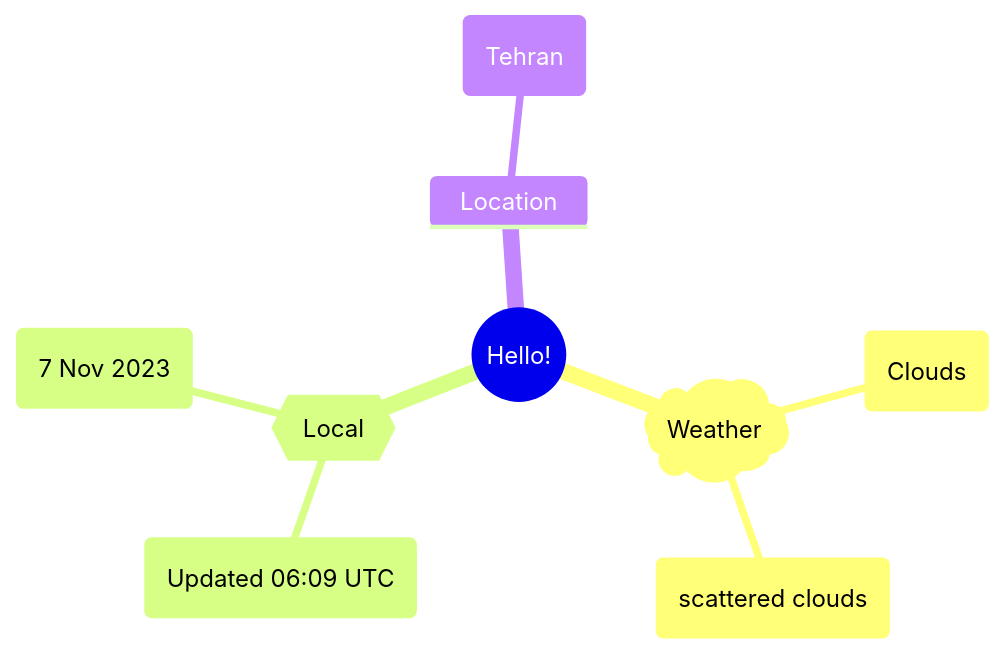
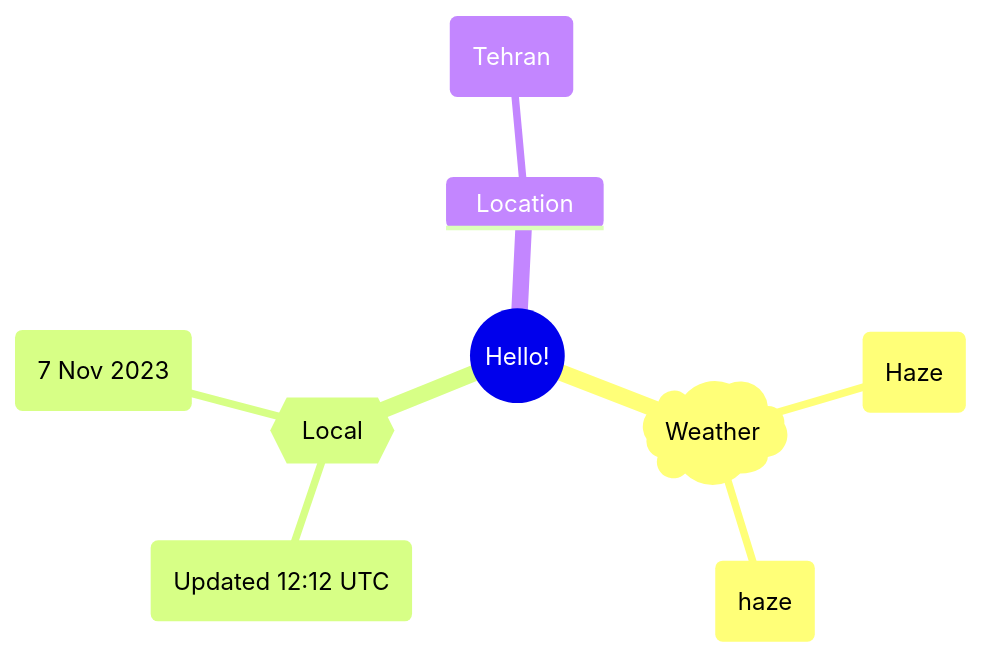
The first of 2 diagrams in README.md (Xosrov/Xosrov), drawn with Mermaid before and after one commit.

Commit message:
[bot] updated images

````diff
--- a/README.md
+++ b/README.md
@@ -3,12 +3,12 @@
 ```mermaid
 mindmap
   root((Hello!))
     )Weather(
-        (Clouds)
-        (scattered clouds)
+        (Haze)
+        (haze)
     {{Local}}
-        (Updated 06:09 UTC)
+        (Updated 12:12 UTC)
         (7 Nov 2023)
     Location
         (Tehran)
 ```
````
